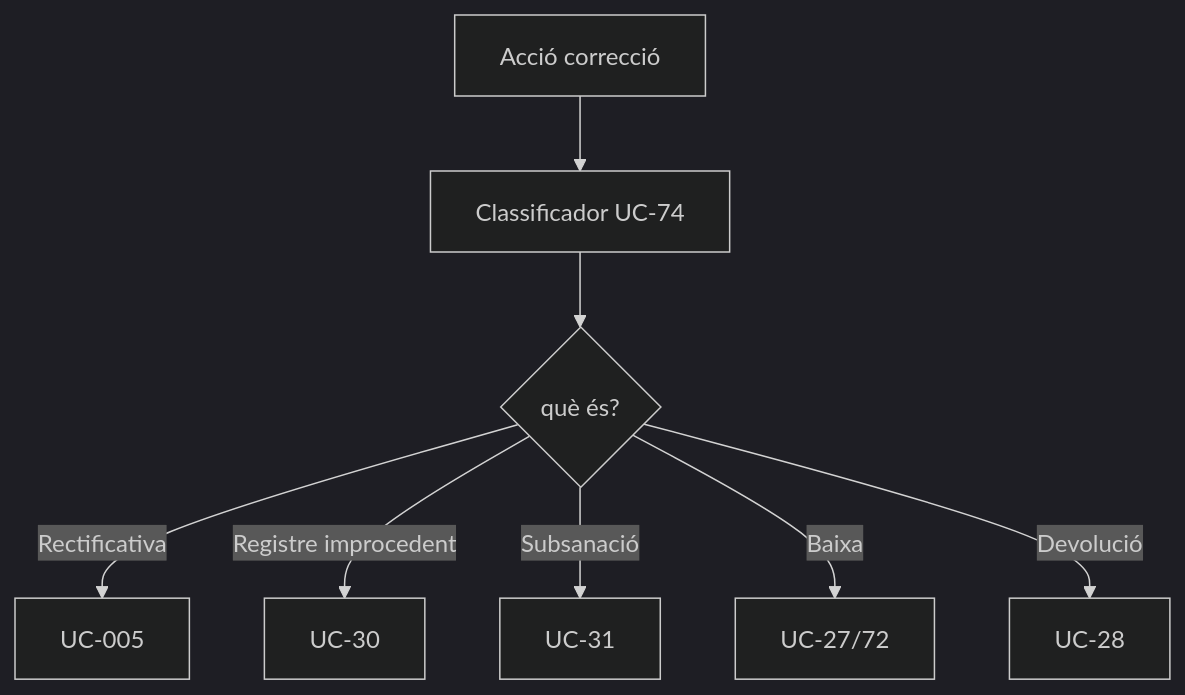
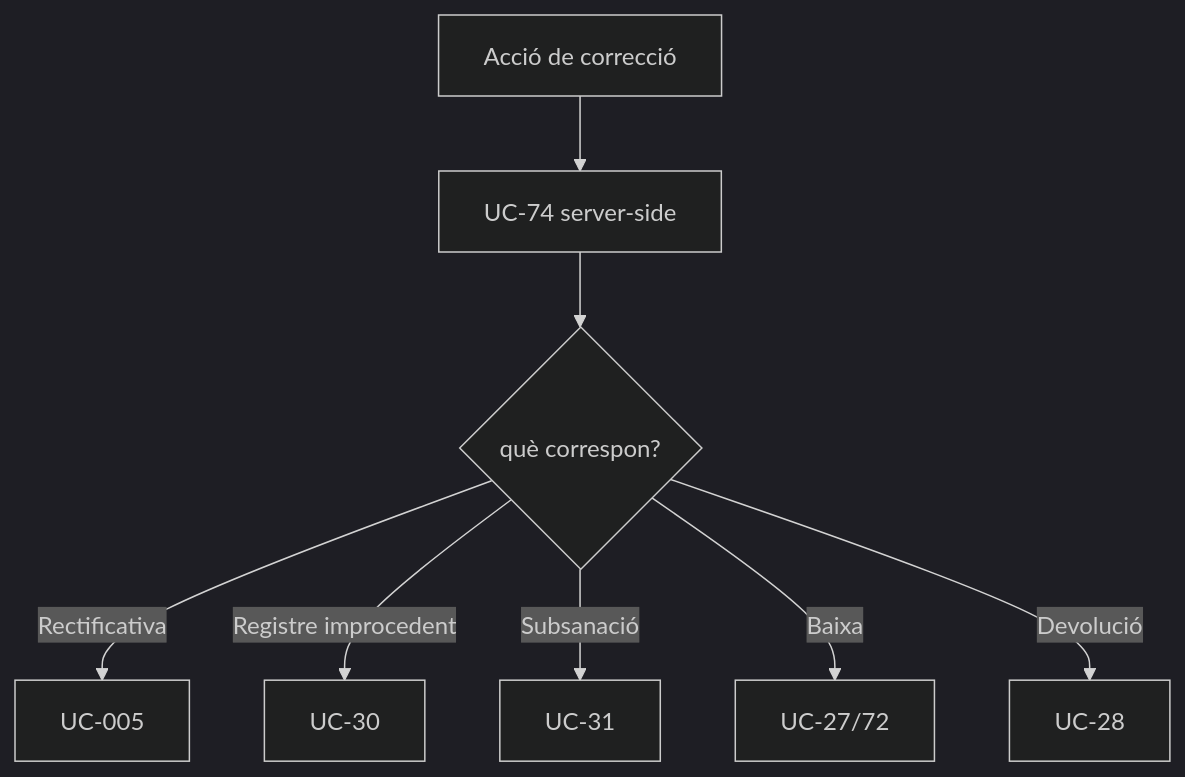
One commit to orgmeriemprismacat-del/verifactu changed diagram 12 of 13 in documentacio/07-uml-integrat/uc-005-activitats-pagines-actual-final.md. Above: the diagram before and after it, drawn with Mermaid (dark theme). The commit also changed other lines of this file, not shown here.

````diff
--- a/documentacio/07-uml-integrat/uc-005-activitats-pagines-actual-final.md
+++ b/documentacio/07-uml-integrat/uc-005-activitats-pagines-actual-final.md
@@ -85,10 +161,10 @@
 ```mermaid
 flowchart TD
-A[Acció correcció] --> B[Classificador UC-74]
-B --> C{què és?}
+A[Acció de correcció] --> B[UC-74 server-side]
+B --> C{què correspon?}
 C -- Rectificativa --> D[UC-005]
 C -- Registre improcedent --> E[UC-30]
 C -- Subsanació --> F[UC-31]
 C -- Baixa --> G[UC-27/72]
 C -- Devolució --> H[UC-28]
 ```
````
